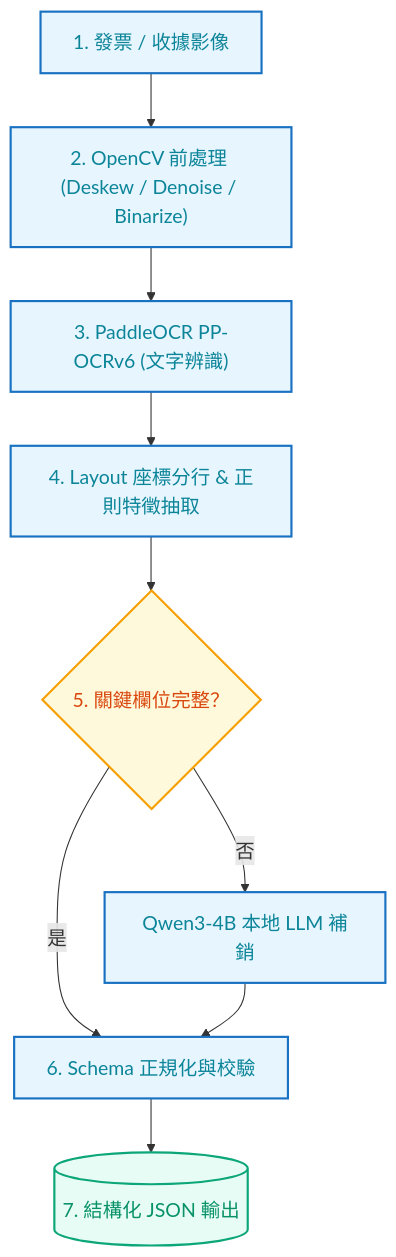
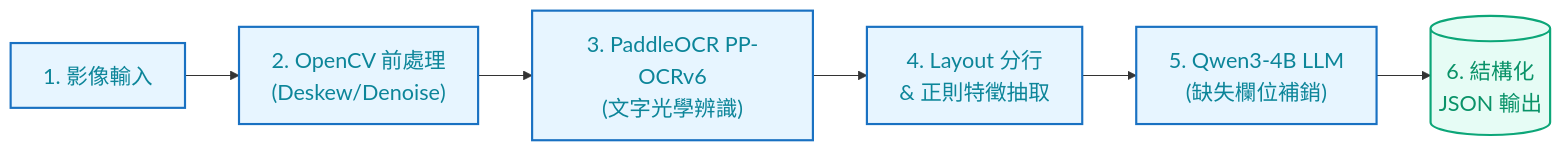
One commit to kuotunyu/receipt-ocr-vlm-benchmark changed the first of 3 diagrams in README.md. Above: the diagram before and after it, drawn with Mermaid. The commit also changed other lines of this file, not shown here.

Commit message:
docs: streamline node text in Pipeline A and B to achieve 20px large font horizontal flowcharts

````diff
--- a/README.md
+++ b/README.md
@@ -33,20 +33,11 @@
 ```mermaid
-%%{init: {'themeVariables': {'fontSize': '18px'}}}%%
-flowchart TD
-    A1["1. 發票 / 收據影像"] --> A2["2. OpenCV 前處理 (Deskew / Denoise / Binarize)"]
-    A2 --> A3["3. PaddleOCR PP-OCRv6 (文字辨識)"]
-    A3 --> A4["4. Layout 座標分行 & 正則特徵抽取"]
-    A4 --> A5{"5. 關鍵欄位完整？"}
-    A5 -->|否| A6["Qwen3-4B 本地 LLM 補銷"]
-    A5 -->|是| A7["6. Schema 正規化與校驗"]
-    A6 --> A7
-    A7 --> A8[("7. 結構化 JSON 輸出")]
+%%{init: {'themeVariables': {'fontSize': '20px'}}}%%
+flowchart LR
+    A1["1. 影像輸入"] --> A2["2. OpenCV 前處理<br/>(Deskew/Denoise)"] --> A3["3. PaddleOCR PP-OCRv6<br/>(文字光學辨識)"] --> A4["4. Layout 分行<br/>& 正則特徵抽取"] --> A5["5. Qwen3-4B LLM<br/>(缺失欄位補銷)"] --> A6[("6. 結構化<br/>JSON 輸出")]
 
     classDef normStyle fill:#e7f5ff,stroke:#1971c2,stroke-width:2px,color:#0c8599
-    classDef condStyle fill:#fff9db,stroke:#f59f00,stroke-width:2px,color:#d9480f
     classDef outStyle fill:#e6fcf5,stroke:#0ca678,stroke-width:2px,color:#099268
 
-    class A1,A2,A3,A4,A6,A7 normStyle
-    class A5 condStyle
-    class A8 outStyle
+    class A1,A2,A3,A4,A5 normStyle
+    class A6 outStyle
 ```
````
